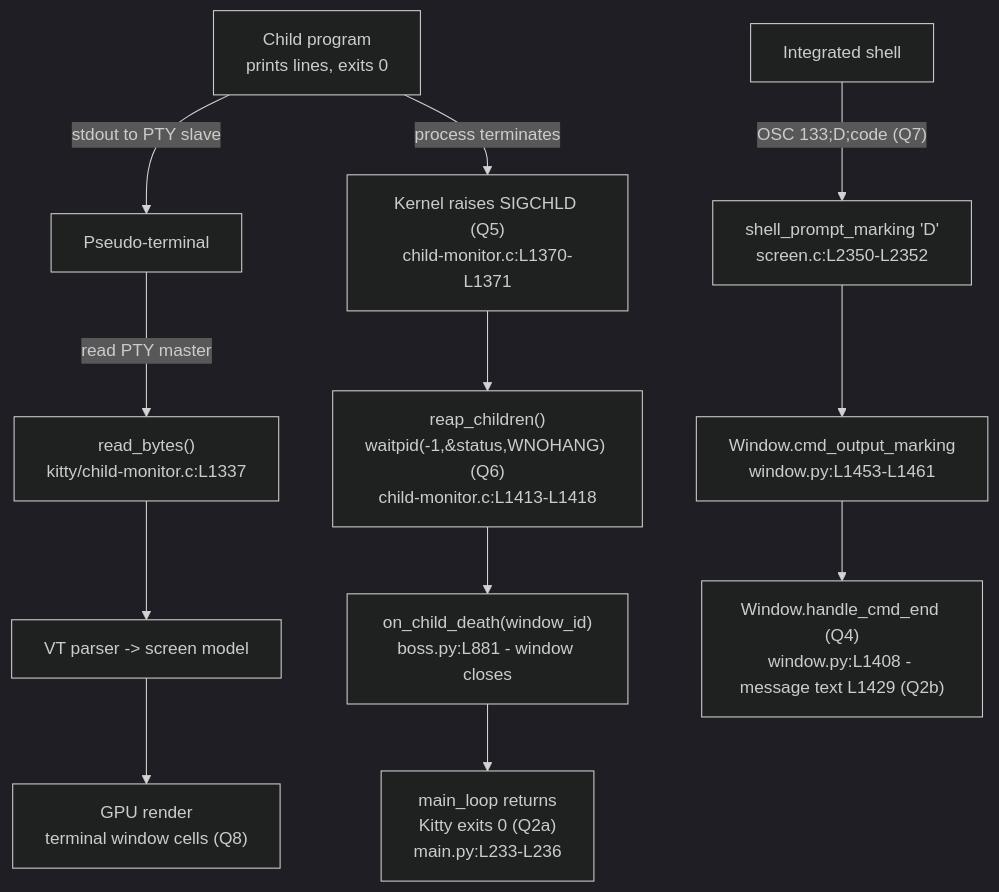
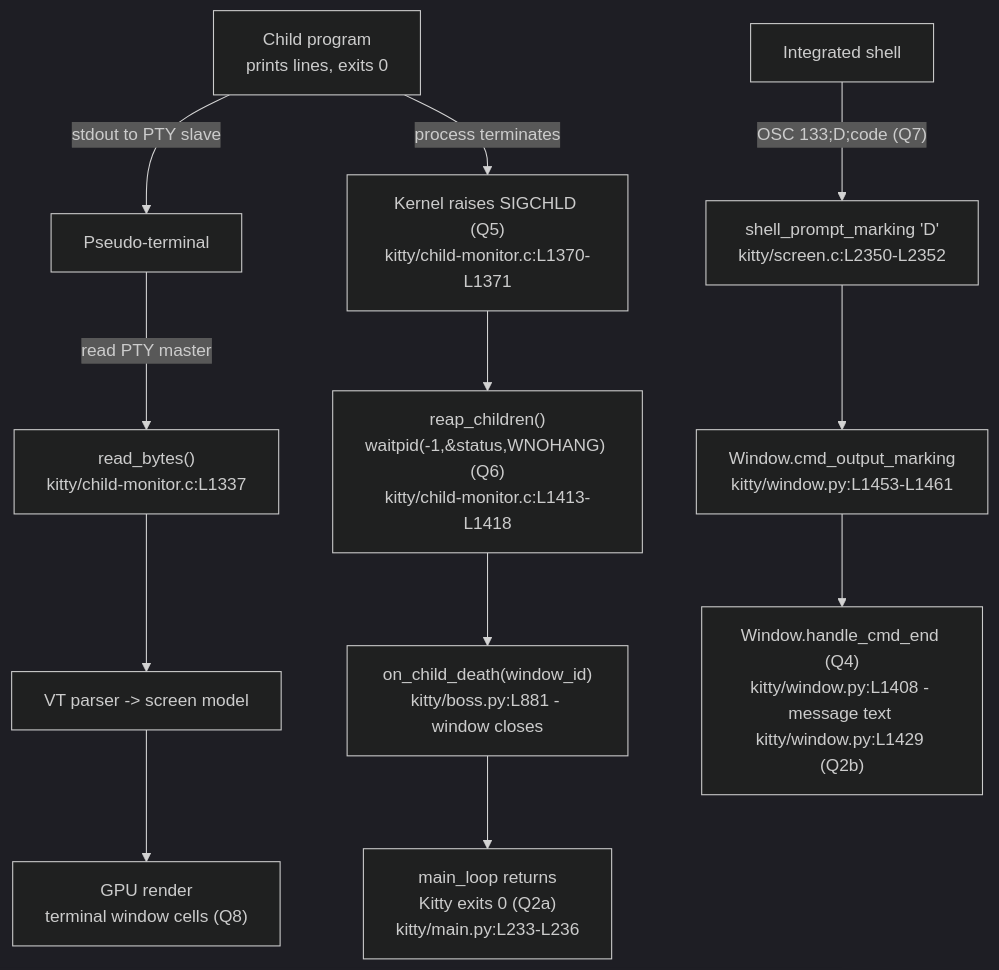
One commit to blitzy-research/kitty changed the diagram in blitzy/documentation/kitty_815df1e210e0.md. Above: the diagram before and after it, drawn with Mermaid (dark theme). The commit also changed other lines of this file, not shown here.

First line of the commit message:
docs: address review findings on Kitty child success-exit Q&A

````diff
--- a/blitzy/documentation/kitty_815df1e210e0.md
+++ b/blitzy/documentation/kitty_815df1e210e0.md
@@ -190,17 +199,17 @@
 ```mermaid
 flowchart TD
     Prog["Child program<br/>prints lines, exits 0"] -->|stdout to PTY slave| PTY["Pseudo-terminal"]
     PTY -->|read PTY master| RB["read_bytes()<br/>kitty/child-monitor.c:L1337"]
     RB --> VT["VT parser -> screen model"]
     VT --> Render["GPU render<br/>terminal window cells (Q8)"]
 
-    Prog -->|process terminates| Kernel["Kernel raises SIGCHLD (Q5)<br/>child-monitor.c:L1370-L1371"]
-    Kernel --> Reap["reap_children()<br/>waitpid(-1,&status,WNOHANG) (Q6)<br/>child-monitor.c:L1413-L1418"]
-    Reap --> Teardown["on_child_death(window_id)<br/>boss.py:L881 - window closes"]
-    Teardown --> Exit["main_loop returns<br/>Kitty exits 0 (Q2a)<br/>main.py:L233-L236"]
+    Prog -->|process terminates| Kernel["Kernel raises SIGCHLD (Q5)<br/>kitty/child-monitor.c:L1370-L1371"]
+    Kernel --> Reap["reap_children()<br/>waitpid(-1,&status,WNOHANG) (Q6)<br/>kitty/child-monitor.c:L1413-L1418"]
+    Reap --> Teardown["on_child_death(window_id)<br/>kitty/boss.py:L881 - window closes"]
+    Teardown --> Exit["main_loop returns<br/>Kitty exits 0 (Q2a)<br/>kitty/main.py:L233-L236"]
 
-    Shell["Integrated shell"] -->|"OSC 133;D;code (Q7)"| Parse["shell_prompt_marking 'D'<br/>screen.c:L2350-L2352"]
-    Parse --> Dispatch["Window.cmd_output_marking<br/>window.py:L1453-L1461"]
-    Dispatch --> Msg["Window.handle_cmd_end (Q4)<br/>window.py:L1408 - message text L1429 (Q2b)"]
+    Shell["Integrated shell"] -->|"OSC 133;D;code (Q7)"| Parse["shell_prompt_marking 'D'<br/>kitty/screen.c:L2350-L2352"]
+    Parse --> Dispatch["Window.cmd_output_marking<br/>kitty/window.py:L1453-L1461"]
+    Dispatch --> Msg["Window.handle_cmd_end (Q4)<br/>kitty/window.py:L1408 - message text kitty/window.py:L1429 (Q2b)"]
 %% Layer A = SIGCHLD/waitpid path; Layer B = OSC 133;D path
 ```
````
